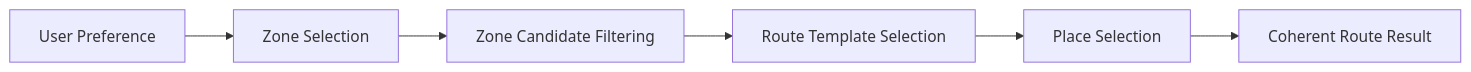
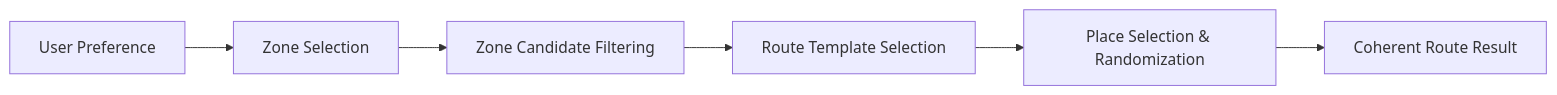
Before and after one commit to devchanz/daejeon-random-trip: the diagram in docs/PRODUCT.md, drawn with Mermaid. The commit also changed other lines of this file and 4 other files, not shown here.

````diff
--- a/docs/PRODUCT.md
+++ b/docs/PRODUCT.md
@@ -20,8 +19,8 @@
 ```mermaid
 flowchart LR
     A[User Preference] --> B[Zone Selection]
     B --> C[Zone Candidate Filtering]
     C --> D[Route Template Selection]
-    D --> E[Place Selection]
+    D --> E[Place Selection & Randomization]
     E --> F[Coherent Route Result]
 ```
````
